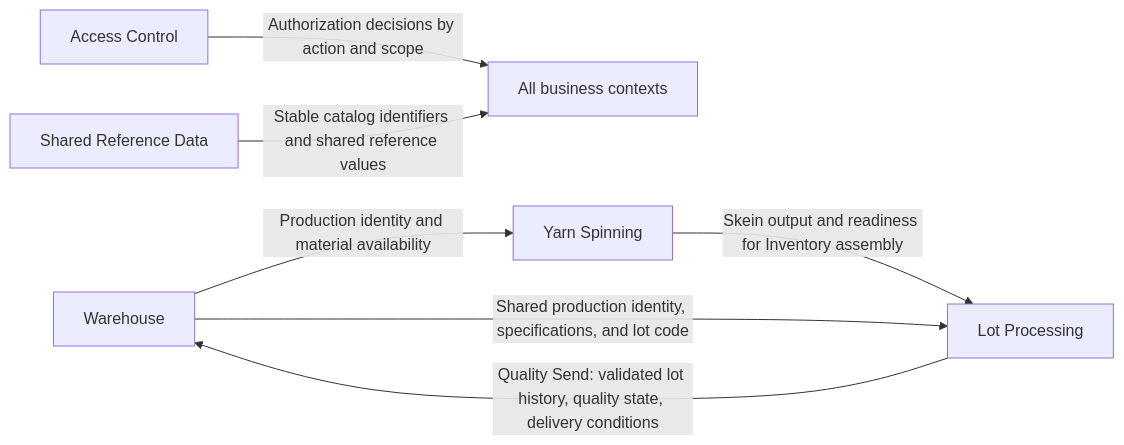
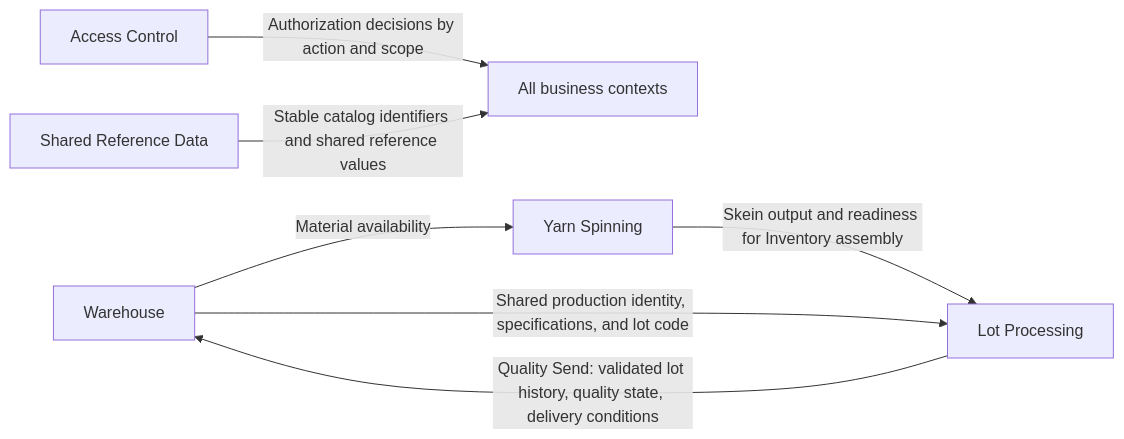
One commit to luiscm17/colibri-hub changed the diagram in docs/architecture/context-map.md. Above: the diagram before and after it, drawn with Mermaid. The commit also changed other lines of this file, not shown here.

Commit message:
docs(architecture): correct context-map W→YS relationship and replace yarn_counts

````diff
--- a/docs/architecture/context-map.md
+++ b/docs/architecture/context-map.md
@@ -150,16 +150,16 @@
 ```mermaid
 flowchart LR
     W[Warehouse]
     YS[Yarn Spinning]
     LP[Lot Processing]
     AC[Access Control]
     SRD[Shared Reference Data]
     ALL[All business contexts]
 
-    W -->|Production identity and material availability| YS
+    W -->|Material availability| YS
     W -->|Shared production identity, specifications, and lot code| LP
     YS -->|Skein output and readiness for Inventory assembly| LP
     LP -->|Quality Send: validated lot history, quality state, delivery conditions| W
     AC -->|Authorization decisions by action and scope| ALL
     SRD -->|Stable catalog identifiers and shared reference values| ALL
 ```
````
